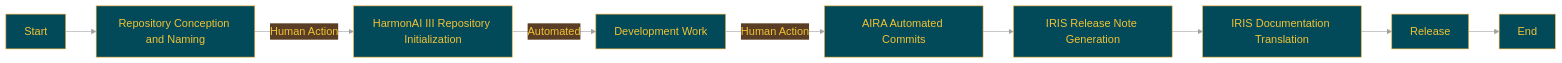
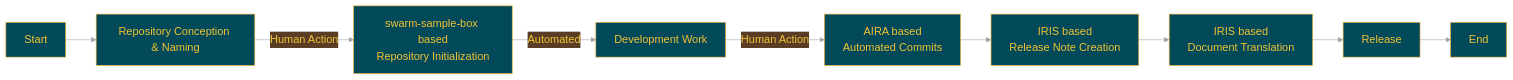
The diagram in docs/README.en.md (Sunwood-ai-labs/swarm-sample-box), drawn with Mermaid before and after one commit. The commit also changed other lines of this file, not shown here.

````diff
--- a/docs/README.en.md
+++ b/docs/README.en.md
@@ -208,20 +212,20 @@
 ```mermaid
 %%{init:{'theme':'base','themeVariables':{'primaryColor':'#024959','primaryTextColor':'#F2C335','primaryBorderColor':'#F2AE30','lineColor':'#A1A2A6','secondaryColor':'#593E25','tertiaryColor':'#F2C335','noteTextColor':'#024959','noteBkgColor':'#F2C335','textColor':'#024959','fontSize':'18px'}}}%%
 
 graph LR
-    A[Start] --> B[Repository Conception and Naming]
-    B -->|Human Action| C[HarmonAI III Repository Initialization]
+    A[Start] --> B[Repository Conception & Naming]
+    B -->|Human Action| C[swarm-sample-box based<br>Repository Initialization]
     C -->|Automated| D[Development Work]
-    D -->|Human Action| E[AIRA Automated Commits]
-    E --> H[IRIS Release Note Generation]
-    H --> I[IRIS Documentation Translation]
+    D -->|Human Action| E[AIRA based<br>Automated Commits]
+    E --> H[IRIS based<br>Release Note Creation]
+    H --> I[IRIS based<br>Document Translation]
     I --> J[Release]
     J --> K[End]
 
     class B,D,G human;
     class E aira;
     class F,H,I iris;
     class C auto;
     class A,J,K process;
 
 ```
````
